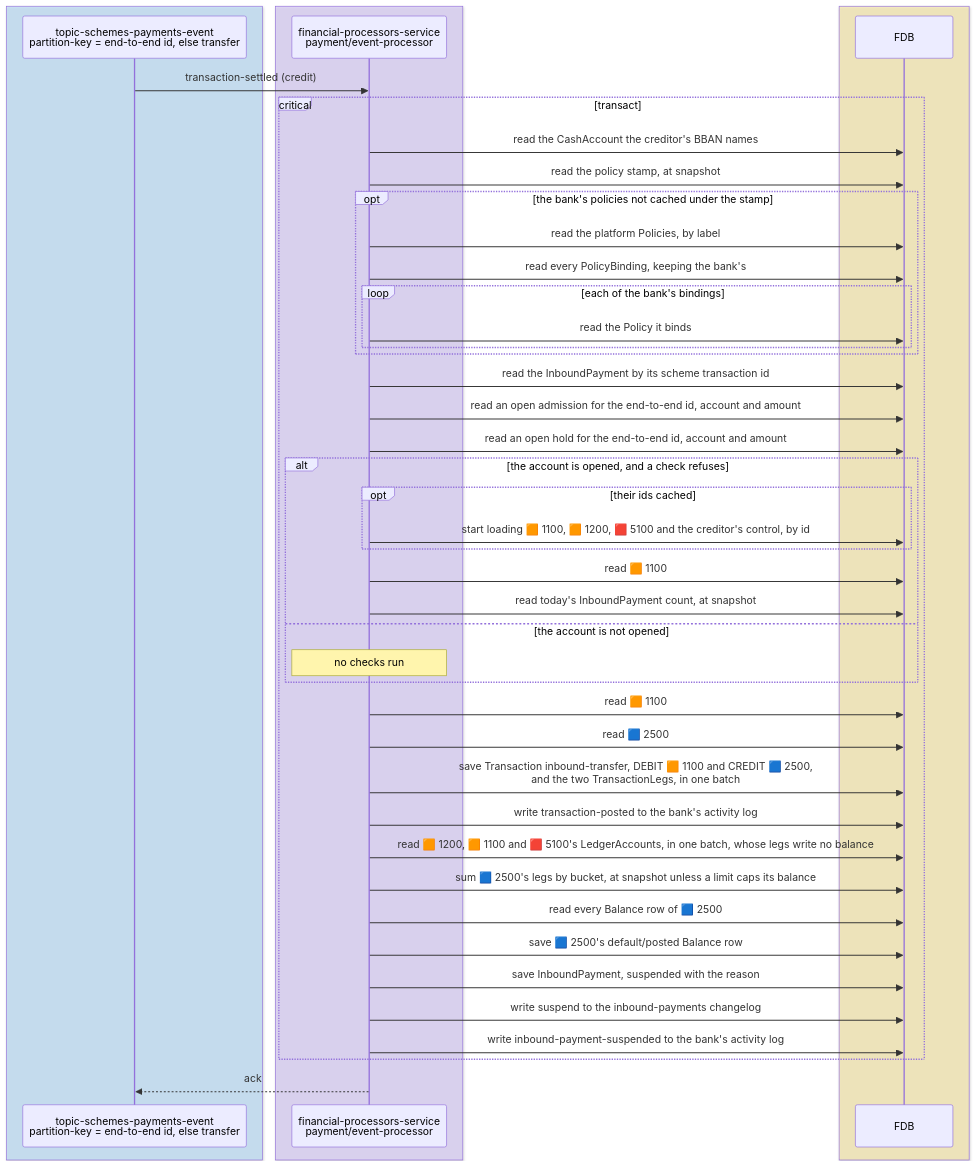
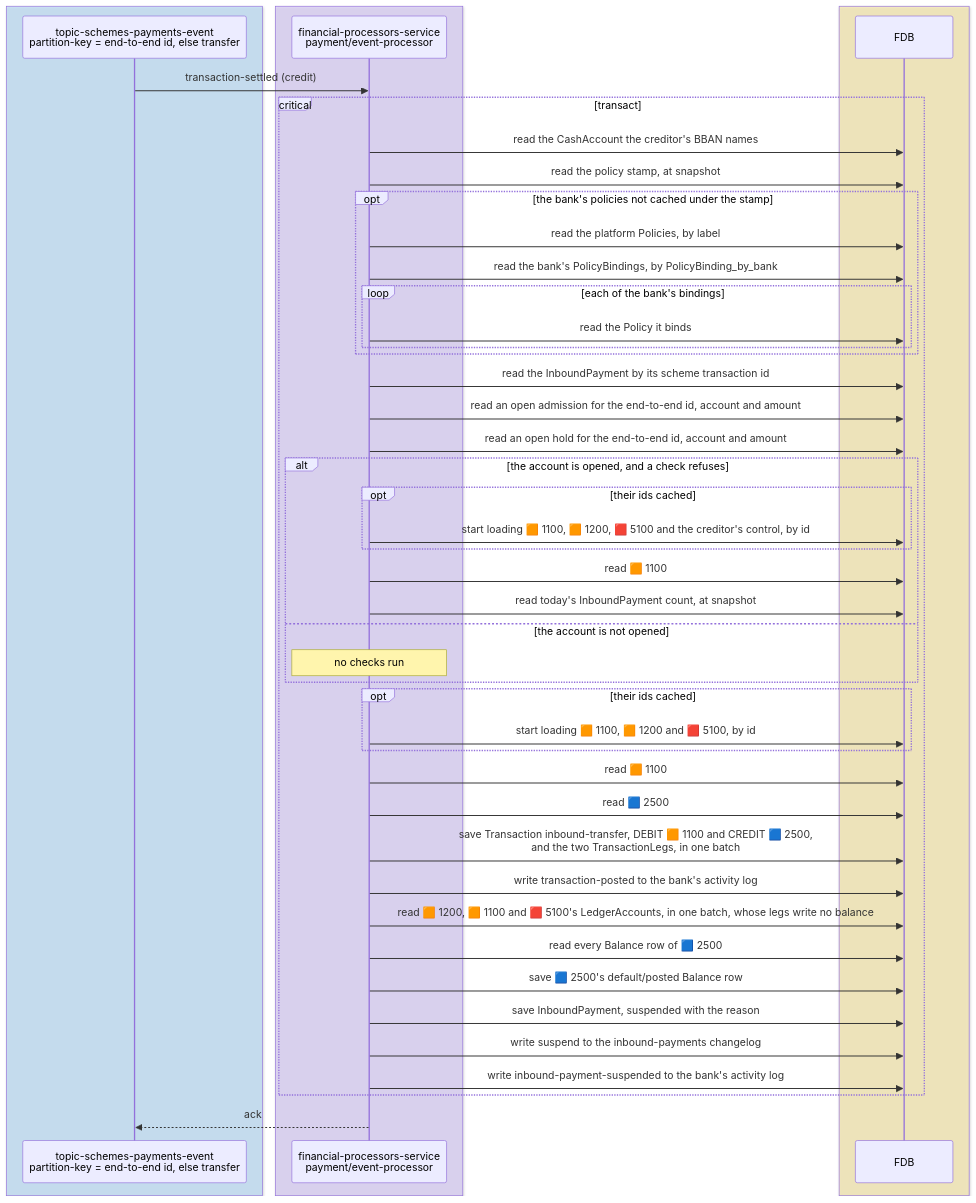
One commit to repldriven/queenswood changed the fifth of 15 diagrams in docs/tdd/payments-inbound.md. Above: the diagram before and after it, drawn with Mermaid. The commit also changed other lines of this file and 2 other files, not shown here.

Commit message:
Draw the payment flows' snapshot row reads, pre-loads, cached bank read, binding index and reconcile outcomes

````diff
--- a/docs/tdd/payments-inbound.md
+++ b/docs/tdd/payments-inbound.md
@@ -278,48 +278,50 @@
 ```mermaid
 sequenceDiagram
     box rgba(165, 216, 255, 0.45)
     participant SE as topic-schemes-payments-event<br/>partition-key = end-to-end id, else transfer
     end
     box rgba(208, 191, 255, 0.45)
     participant PE as financial-processors-service<br/>payment/event-processor
     end
     box rgba(255, 236, 153, 0.5)
     participant DB as FDB
     end
     SE->>PE: transaction-settled (credit)
     critical transact
     PE->>DB: read the CashAccount the creditor's BBAN names
     PE->>DB: read the policy stamp, at snapshot
     opt the bank's policies not cached under the stamp
     PE->>DB: read the platform Policies, by label
-    PE->>DB: read every PolicyBinding, keeping the bank's
+    PE->>DB: read the bank's PolicyBindings, by PolicyBinding_by_bank
     loop each of the bank's bindings
     PE->>DB: read the Policy it binds
     end
     end
     PE->>DB: read the InboundPayment by its scheme transaction id
     PE->>DB: read an open admission for the end-to-end id, account and amount
     PE->>DB: read an open hold for the end-to-end id, account and amount
     alt the account is opened, and a check refuses
     opt their ids cached
     PE->>DB: start loading 🟧 1100, 🟧 1200, 🟥 5100 and the creditor's control, by id
     end
     PE->>DB: read 🟧 1100
     PE->>DB: read today's InboundPayment count, at snapshot
     else the account is not opened
     Note over PE: no checks run
     end
+    opt their ids cached
+    PE->>DB: start loading 🟧 1100, 🟧 1200 and 🟥 5100, by id
+    end
     PE->>DB: read 🟧 1100
     PE->>DB: read 🟦 2500
     PE->>DB: save Transaction inbound-transfer, DEBIT 🟧 1100 and CREDIT 🟦 2500,<br/>and the two TransactionLegs, in one batch
     PE->>DB: write transaction-posted to the bank's activity log
     PE->>DB: read 🟧 1200, 🟧 1100 and 🟥 5100's LedgerAccounts, in one batch, whose legs write no balance
-    PE->>DB: sum 🟦 2500's legs by bucket, at snapshot unless a limit caps its balance
     PE->>DB: read every Balance row of 🟦 2500
     PE->>DB: save 🟦 2500's default/posted Balance row
     PE->>DB: save InboundPayment, suspended with the reason
     PE->>DB: write suspend to the inbound-payments changelog
     PE->>DB: write inbound-payment-suspended to the bank's activity log
     end
     PE-->>SE: ack
 ```
````
